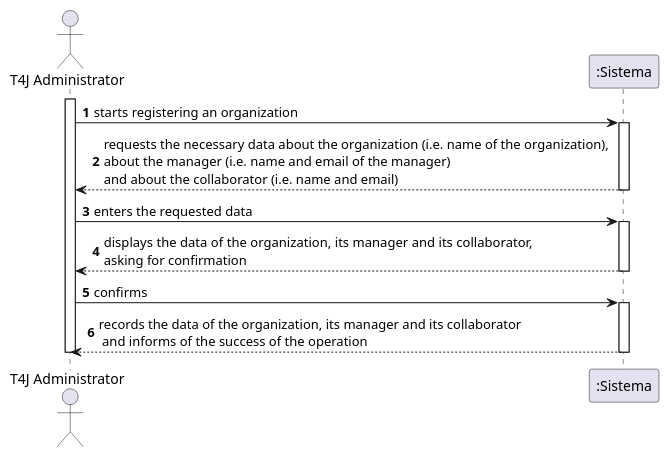
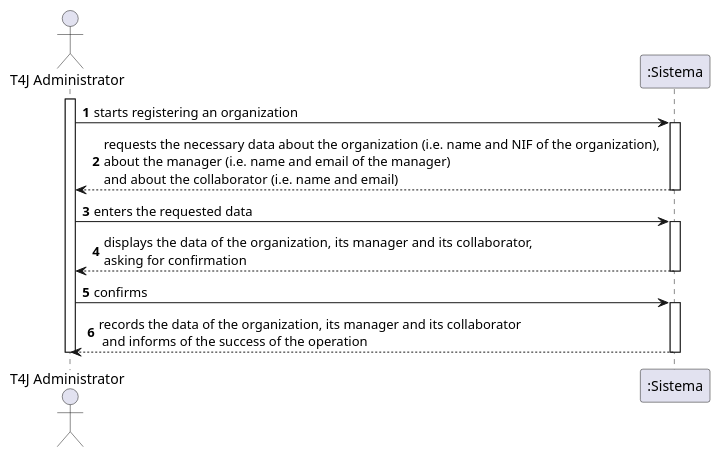
One commit to pedrolemos4/LAPR2 changed the diagram in docs/UC7 - Add New Organization/UC7_SSD.puml. Above: the diagram before and after it, drawn with PlantUML. The commit also changed 12 other files, not shown here.

```diff
--- a/docs/UC7 - Add New Organization/UC7_SSD.puml
+++ b/docs/UC7 - Add New Organization/UC7_SSD.puml
@@ -1,22 +1,22 @@
 @startuml
 autonumber
 actor "T4J Administrator" as ADM
 
 activate ADM
 ADM -> ":Sistema" : starts registering an organization
 activate ":Sistema"
-":Sistema" --> ADM : requests the necessary data about the organization (i.e. name of the organization), \nabout the manager (i.e. name and email of the manager) \nand about the collaborator (i.e. name and email)
+":Sistema" --> ADM : requests the necessary data about the organization (i.e. name and NIF of the organization), \nabout the manager (i.e. name and email of the manager) \nand about the collaborator (i.e. name and email)
 deactivate ":Sistema"
 
 ADM -> ":Sistema" : enters the requested data
 activate ":Sistema"
 ":Sistema" --> ADM : displays the data of the organization, its manager and its collaborator, \nasking for confirmation
 deactivate ":Sistema"
 
 ADM -> ":Sistema" : confirms
 activate ":Sistema"
 ":Sistema" --> ADM : records the data of the organization, its manager and its collaborator\n and informs of the success of the operation
 deactivate ":Sistema"
 
 deactivate ADM
 @enduml
```
